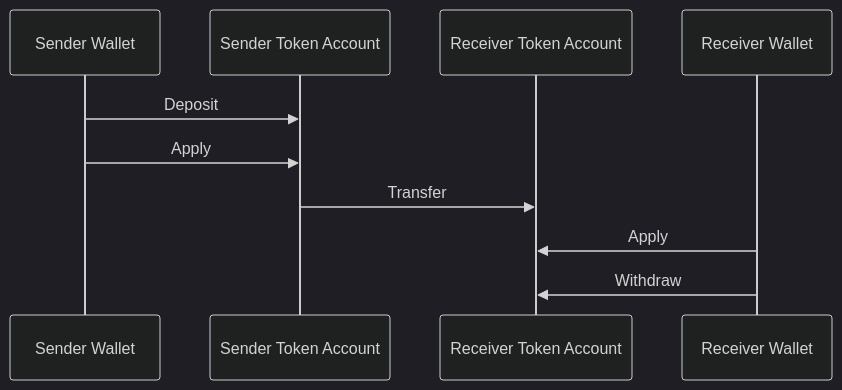
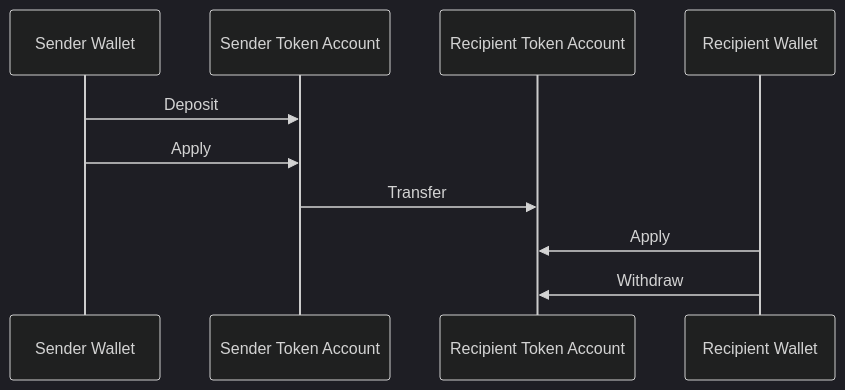
One commit to solana-foundation/solana-com changed the first of 2 diagrams in content/docs/tokens/extensions/confidential-transfer/index.mdx. Above: the diagram before and after it, drawn with Mermaid (dark theme). The commit also changed other lines of this file, not shown here.

````diff
--- a/content/docs/tokens/extensions/confidential-transfer/index.mdx
+++ b/content/docs/tokens/extensions/confidential-transfer/index.mdx
@@ -20,17 +36,17 @@
 ```mermaid title="Confidential Transfer Overview"
     sequenceDiagram
 
     participant A as Sender Wallet
     participant AA as Sender Token Account
-    participant BB as Receiver Token Account
-    participant B as Receiver Wallet
+    participant BB as Recipient Token Account
+    participant B as Recipient Wallet
 
     A->>AA: Deposit
     A->>AA: Apply
 
     AA->>BB: Transfer
     B->>BB: Apply
 
     B->>BB: Withdraw
 
 ```
````
